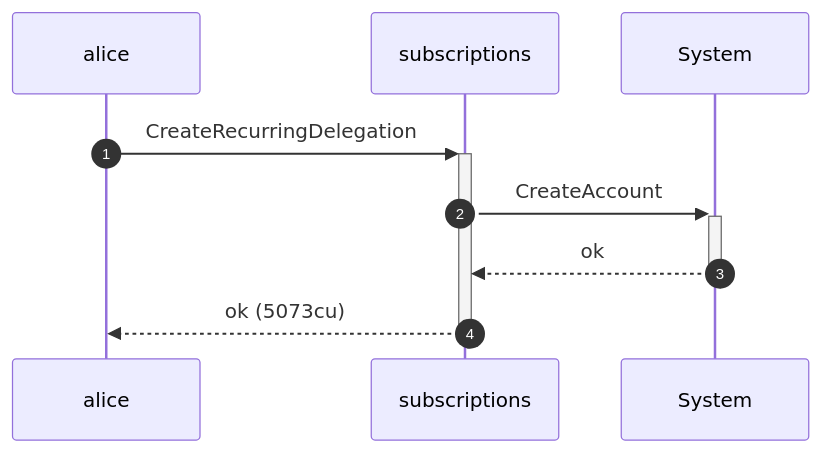
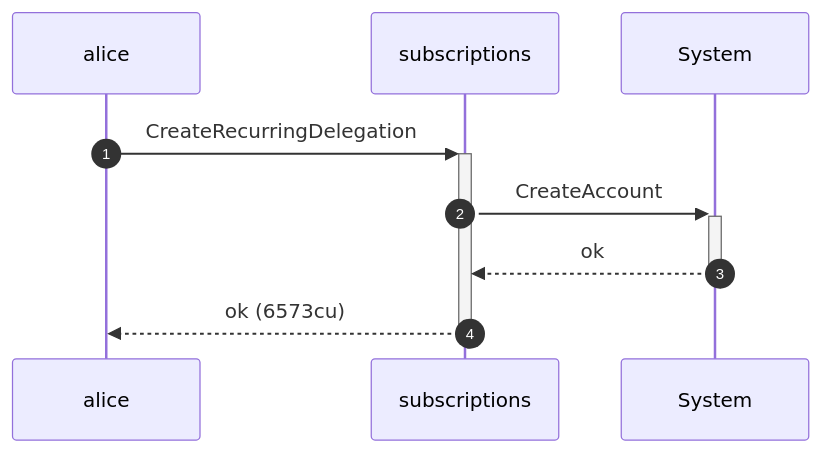
Before and after one commit to cds-rs/subscriptions: the sixth of 12 diagrams in dsl_tests/revoke-a-recurring-delegation.md, drawn with Mermaid. The commit also changed other lines of this file and 224 other files, not shown here.

````diff
--- a/dsl_tests/revoke-a-recurring-delegation.md
+++ b/dsl_tests/revoke-a-recurring-delegation.md
@@ -116,11 +122,11 @@
 ```mermaid
 sequenceDiagram
     autonumber
     participant alice
     participant subscriptions
     participant System
     alice ->>+ subscriptions: CreateRecurringDelegation
     subscriptions ->>+ System: CreateAccount
     System -->>- subscriptions: ok
-    subscriptions -->>- alice: ok (5073cu)
+    subscriptions -->>- alice: ok (6573cu)
 ```
````
